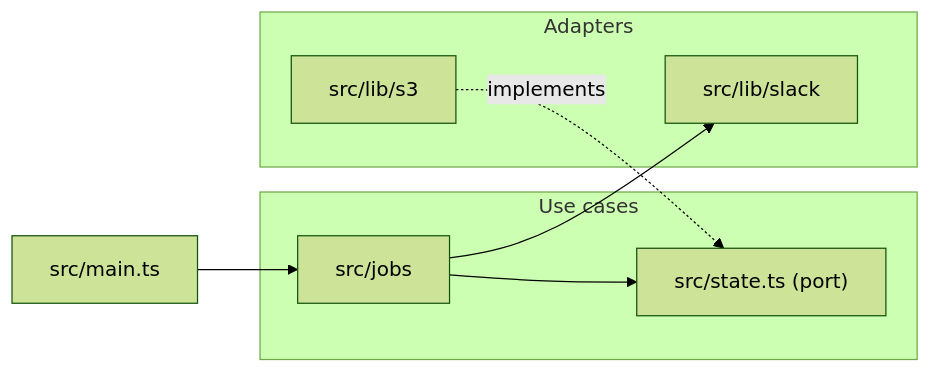
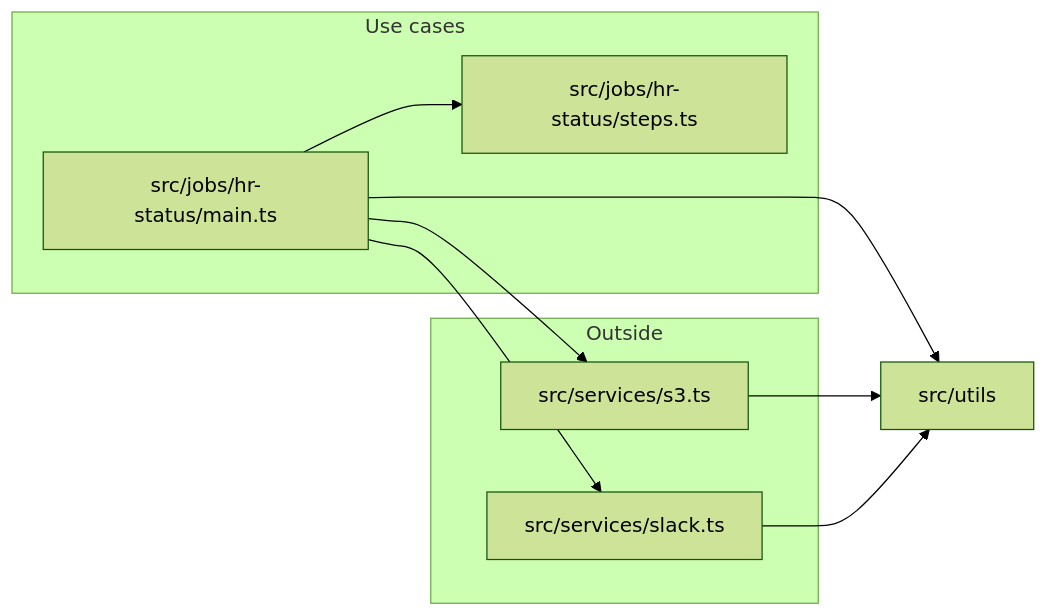
One commit to Xantibody/dotfiles changed the diagram in configs/agents/skills/baseline/assets/architecture.md. Above: the diagram before and after it, drawn with Mermaid (forest theme). The commit also changed other lines of this file and 5 other files, not shown here.

First line of the commit message:
feat(agents): give Code Structure a services/utils layout as an example

````diff
--- a/configs/agents/skills/baseline/assets/architecture.md
+++ b/configs/agents/skills/baseline/assets/architecture.md
@@ -30,15 +30,18 @@
 ```mermaid
 flowchart LR
   subgraph core [Use cases]
-    usecase["src/jobs"]
-    port["src/state.ts (port)"]
+    entry["src/jobs/hr-status/main.ts"]
+    steps["src/jobs/hr-status/steps.ts"]
   end
-  subgraph edge [Adapters]
-    adapterA["src/lib/s3"]
-    adapterB["src/lib/slack"]
+  subgraph edge [Outside]
+    serviceA["src/services/s3.ts"]
+    serviceB["src/services/slack.ts"]
   end
-  entry["src/main.ts"] --> usecase
-  usecase --> port
-  usecase --> adapterB
-  adapterA -. implements .-> port
+  utils["src/utils"]
+  entry --> steps
+  entry --> serviceA
+  entry --> serviceB
+  entry --> utils
+  serviceA --> utils
+  serviceB --> utils
 ```
````
